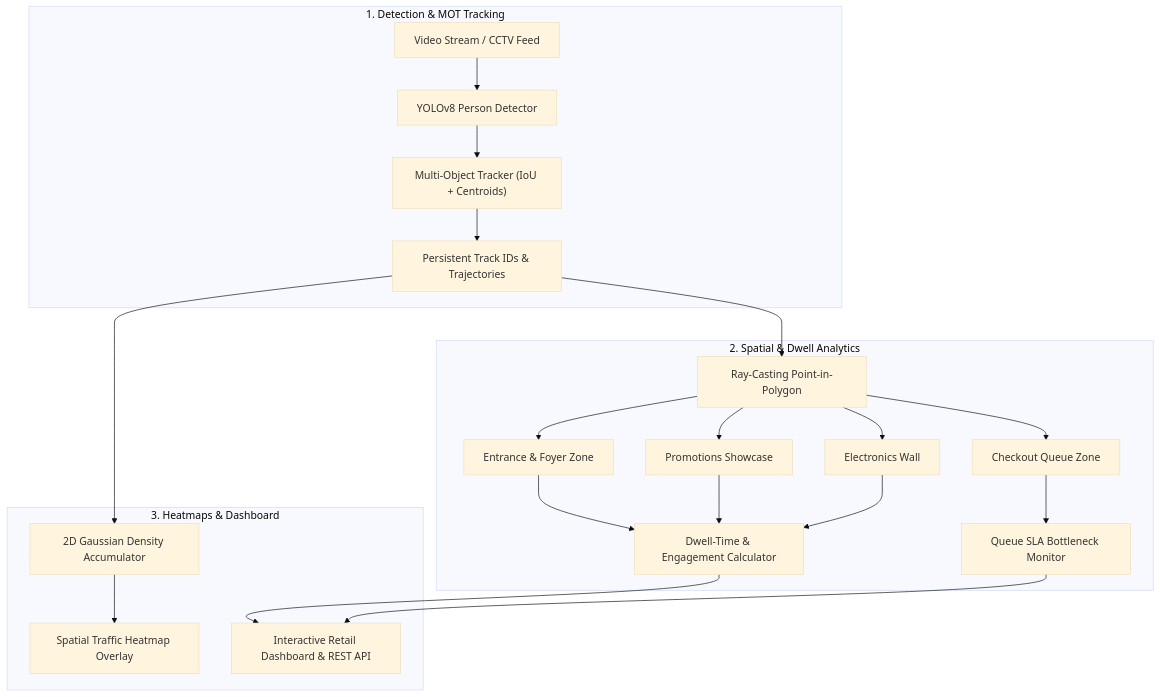
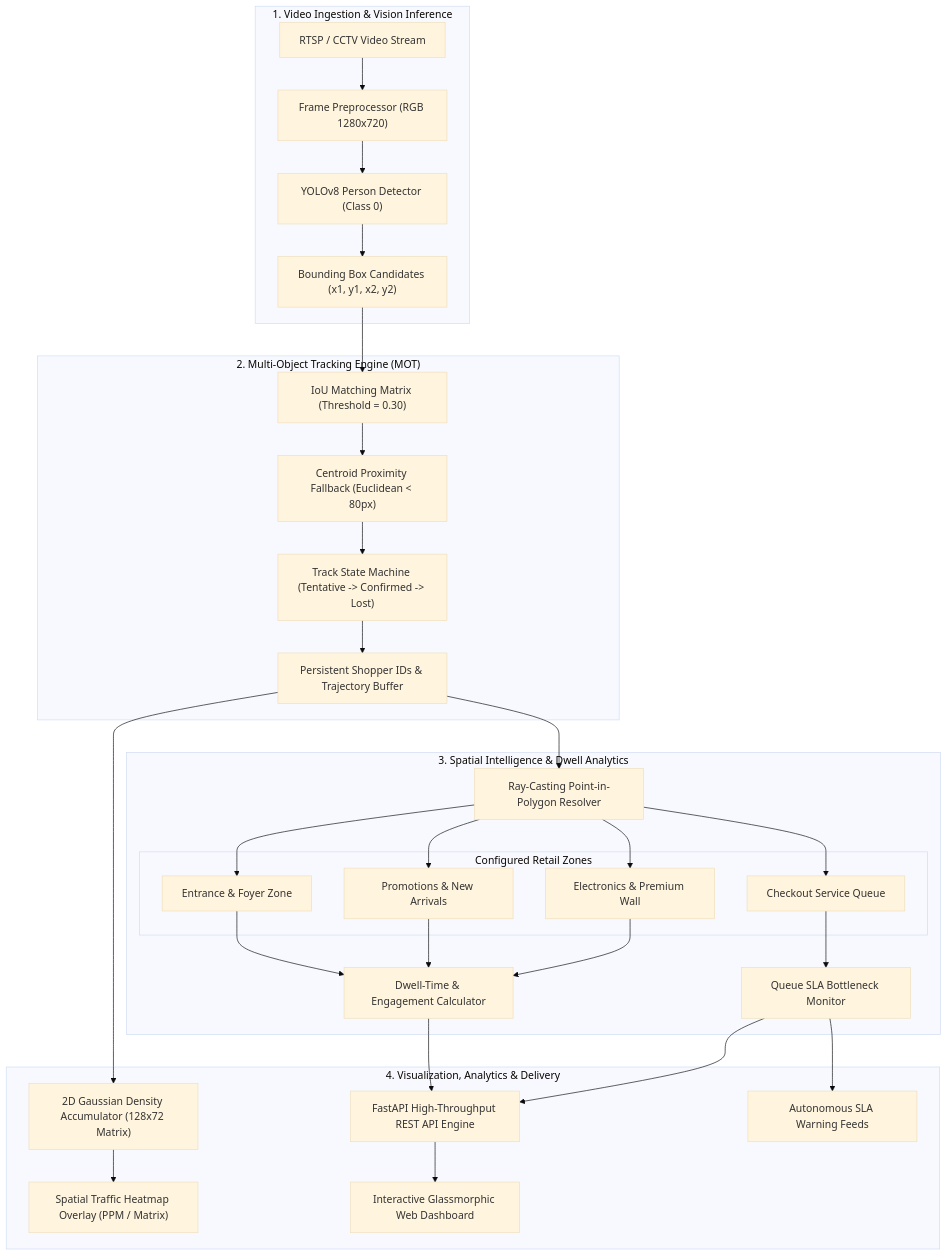
One commit to AhmedKhalid0/smart-store-analytics-ai changed the diagram in README.md. Above: the diagram before and after it, drawn with Mermaid (base theme). The commit also changed other lines of this file and 3 other files, not shown here.

Commit message:
docs: upgrade README to enterprise-grade documentation with architecture, math formulations, and asset showcases

````diff
--- a/README.md
+++ b/README.md
@@ -44,24 +61,38 @@
 ```mermaid
 flowchart TD
-    subgraph Detection ["1. Detection & MOT Tracking"]
-        A["Video Stream / CCTV Feed"] --> B["YOLOv8 Person Detector"]
-        B --> C["Multi-Object Tracker (IoU + Centroids)"]
-        C --> D["Persistent Track IDs & Trajectories"]
+    subgraph Ingestion ["1. Video Ingestion & Vision Inference"]
+        A["RTSP / CCTV Video Stream"] --> B["Frame Preprocessor (RGB 1280x720)"]
+        B --> C["YOLOv8 Person Detector (Class 0)"]
+        C --> D["Bounding Box Candidates (x1, y1, x2, y2)"]
     end
 
-    subgraph Spatial_Intelligence ["2. Spatial & Dwell Analytics"]
-        D --> E["Ray-Casting Point-in-Polygon"]
-        E --> F1["Entrance & Foyer Zone"]
-        E --> F2["Promotions Showcase"]
-        E --> F3["Electronics Wall"]
-        E --> F4["Checkout Queue Zone"]
-        F1 & F2 & F3 --> G["Dwell-Time & Engagement Calculator"]
-        F4 --> H["Queue SLA Bottleneck Monitor"]
+    subgraph MOT_Tracking ["2. Multi-Object Tracking Engine (MOT)"]
+        D --> E["IoU Matching Matrix (Threshold = 0.30)"]
+        E --> F["Centroid Proximity Fallback (Euclidean < 80px)"]
+        F --> G["Track State Machine (Tentative -> Confirmed -> Lost)"]
+        G --> H["Persistent Shopper IDs & Trajectory Buffer"]
     end
 
-    subgraph Visualization ["3. Heatmaps & Dashboard"]
-        D --> I["2D Gaussian Density Accumulator"]
-        I --> J["Spatial Traffic Heatmap Overlay"]
-        G & H --> K["Interactive Retail Dashboard & REST API"]
+    subgraph Spatial_Intelligence ["3. Spatial Intelligence & Dwell Analytics"]
+        H --> I["Ray-Casting Point-in-Polygon Resolver"]
+        
+        subgraph Commercial_Zones ["Configured Retail Zones"]
+            Z1["Entrance & Foyer Zone"]
+            Z2["Promotions & New Arrivals"]
+            Z3["Electronics & Premium Wall"]
+            Z4["Checkout Service Queue"]
+        end
+        
+        I --> Z1 & Z2 & Z3 & Z4
+        Z1 & Z2 & Z3 --> J["Dwell-Time & Engagement Calculator"]
+        Z4 --> K["Queue SLA Bottleneck Monitor"]
+    end
+
+    subgraph Visualization ["4. Visualization, Analytics & Delivery"]
+        H --> L["2D Gaussian Density Accumulator (128x72 Matrix)"]
+        L --> M["Spatial Traffic Heatmap Overlay (PPM / Matrix)"]
+        J & K --> N["FastAPI High-Throughput REST API Engine"]
+        N --> O["Interactive Glassmorphic Web Dashboard"]
+        K --> P["Autonomous SLA Warning Feeds"]
     end
 ```
````
